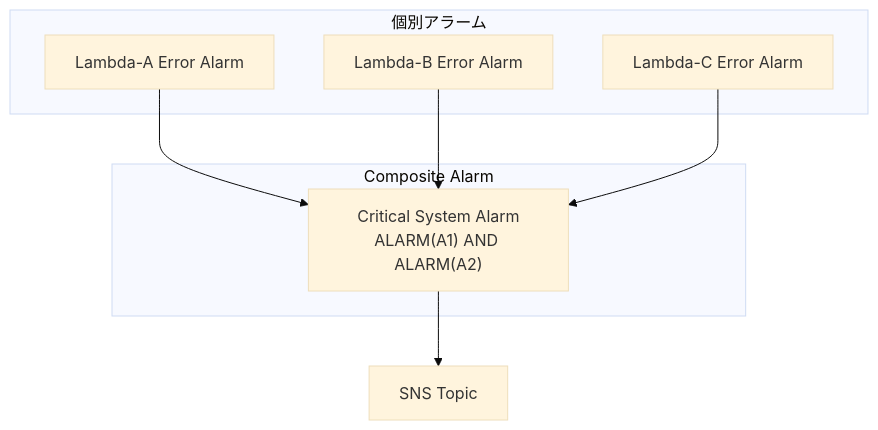
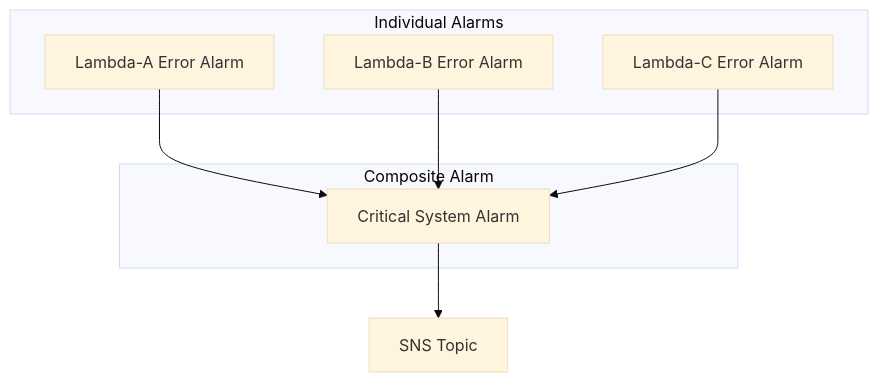
The sixth of 9 diagrams in アラーム方法調査.md (NagasakaH/lambda-log), drawn with Mermaid (base theme) before and after one commit. The commit also changed other lines of this file and 1 other file, not shown here.

````diff
--- a/アラーム方法調査.md
+++ b/アラーム方法調査.md
@@ -341,18 +341,18 @@
 ```mermaid
 flowchart TB
-    subgraph Alarms["個別アラーム"]
-        A1["Lambda-A Error Alarm"]
-        A2["Lambda-B Error Alarm"]
-        A3["Lambda-C Error Alarm"]
+    subgraph Alarms[Individual Alarms]
+        A1[Lambda-A Error Alarm]
+        A2[Lambda-B Error Alarm]
+        A3[Lambda-C Error Alarm]
     end
     
-    subgraph Composite["Composite Alarm"]
-        CA["Critical System Alarm<br/>ALARM(A1) AND ALARM(A2)"]
+    subgraph Composite[Composite Alarm]
+        CA[Critical System Alarm]
     end
     
     A1 --> CA
     A2 --> CA
     A3 --> CA
     
-    CA --> SNS["SNS Topic"]
+    CA --> SNS[SNS Topic]
 ```
````
